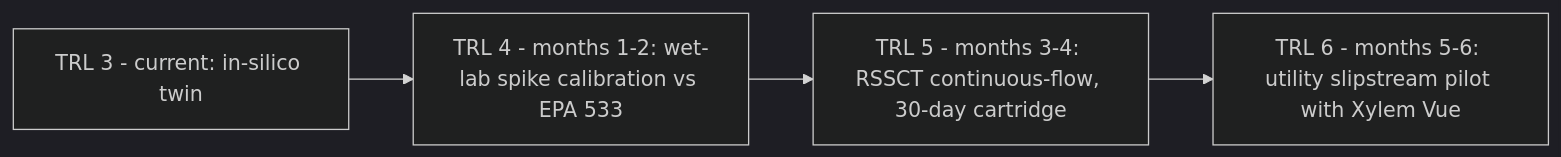
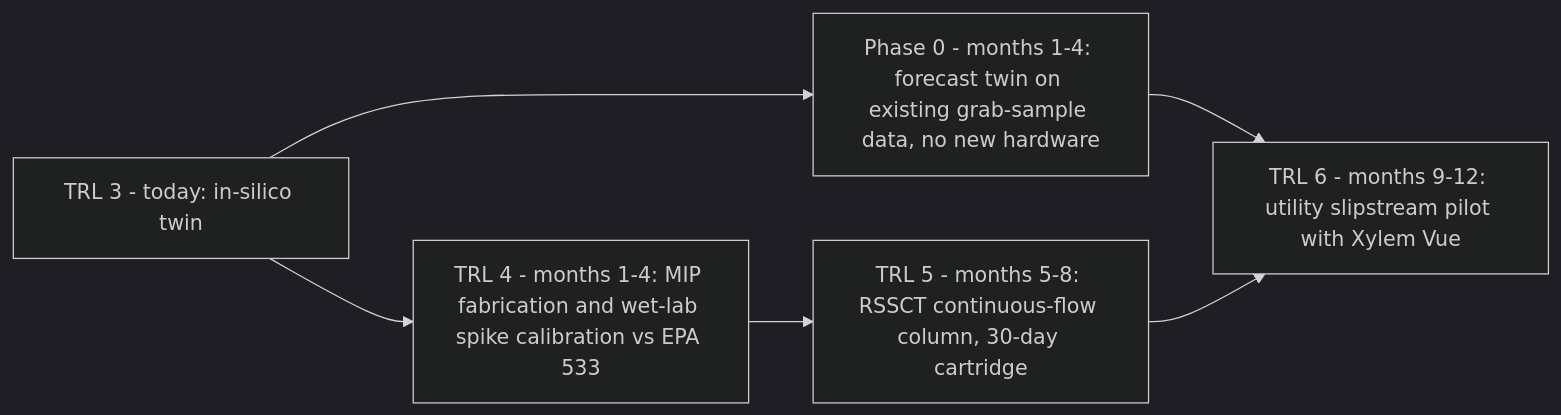
The second of 2 diagrams in README.md (YSerhatTemel/pfas-sentinel), drawn with Mermaid (dark theme) before and after one commit. The commit also changed other lines of this file and 5 other files, not shown here.

First line of the commit message:
feat: 12-month roadmap with software-first Phase 0, key-terms glossary, mobile layout fixes

````diff
--- a/README.md
+++ b/README.md
@@ -215,6 +255,8 @@
 ```mermaid
 flowchart LR
-    T3["TRL 3 - current: in-silico twin"] --> T4["TRL 4 - months 1-2: wet-lab spike calibration vs EPA 533"]
-    T4 --> T5["TRL 5 - months 3-4: RSSCT continuous-flow, 30-day cartridge"]
-    T5 --> T6["TRL 6 - months 5-6: utility slipstream pilot with Xylem Vue"]
+    T3["TRL 3 - today: in-silico twin"] --> P0["Phase 0 - months 1-4: forecast twin on existing grab-sample data, no new hardware"]
+    T3 --> T4["TRL 4 - months 1-4: MIP fabrication and wet-lab spike calibration vs EPA 533"]
+    T4 --> T5["TRL 5 - months 5-8: RSSCT continuous-flow column, 30-day cartridge"]
+    P0 --> T6["TRL 6 - months 9-12: utility slipstream pilot with Xylem Vue"]
+    T5 --> T6
 ```
````
